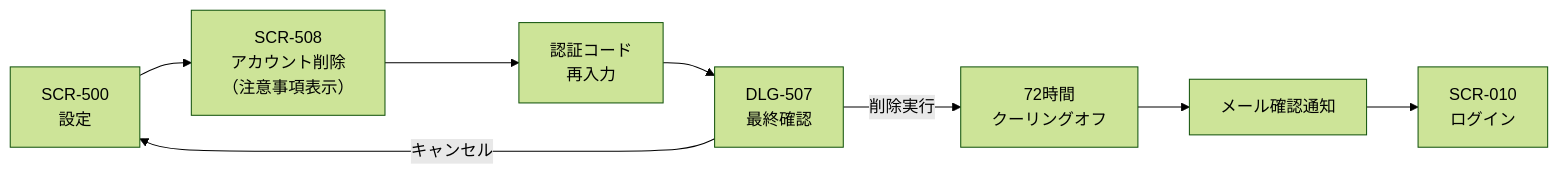
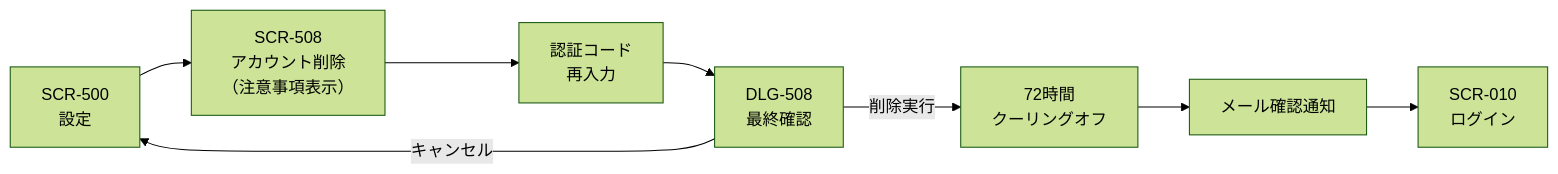
Before and after one commit to YukaHasebe/bi-su-app: diagram 14 of 17 in docs/04_画面遷移図.md, drawn with Mermaid (forest theme). The commit also changed other lines of this file and 6 other files, not shown here.

````diff
--- a/docs/04_画面遷移図.md
+++ b/docs/04_画面遷移図.md
@@ -369,10 +369,10 @@
 ```mermaid
 flowchart LR
     A["SCR-500\n設定"] --> B["SCR-508\nアカウント削除\n（注意事項表示）"]
     B --> C["認証コード\n再入力"]
-    C --> D["DLG-507\n最終確認"]
+    C --> D["DLG-508\n最終確認"]
     D -->|キャンセル| A
     D -->|削除実行| E["72時間\nクーリングオフ"]
     E --> F["メール確認通知"]
     F --> G["SCR-010\nログイン"]
 ```
````
